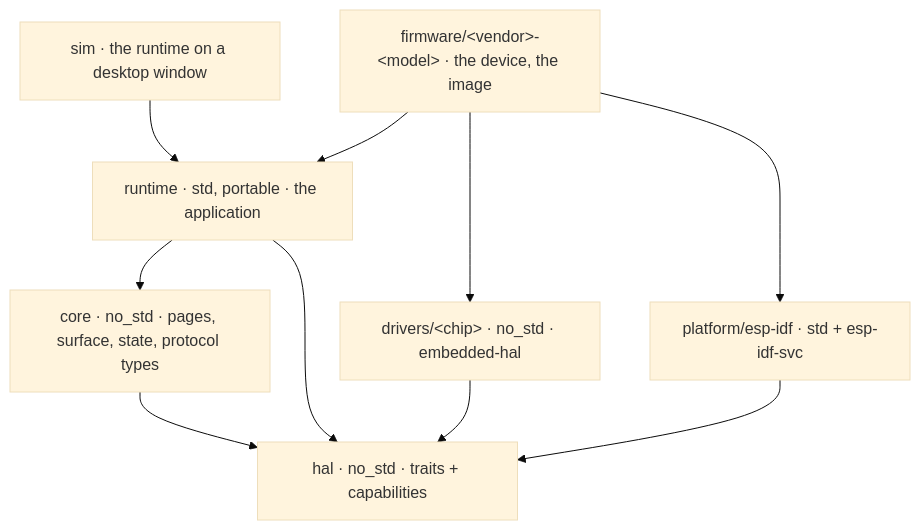
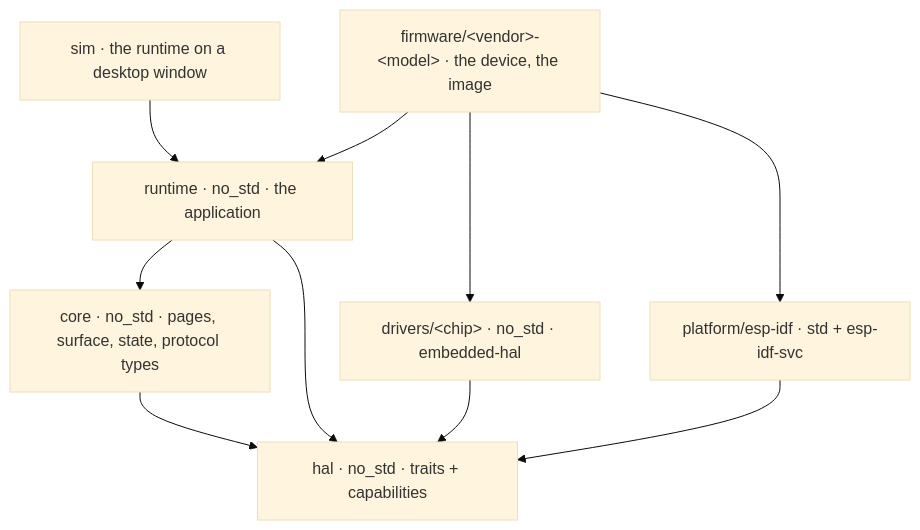
One commit to foonerd/volumio-esp-companion changed the second of 2 diagrams in README.md. Above: the diagram before and after it, drawn with Mermaid (base theme). The commit also changed other lines of this file and 14 other files, not shown here.

First line of the commit message:
feat(runtime): the application as a state machine a device steps

````diff
--- a/README.md
+++ b/README.md
@@ -53,20 +53,20 @@
 ```mermaid
 flowchart TB
     core[core · no_std · pages, surface, state, protocol types]
     hal[hal · no_std · traits + capabilities]
     drivers[drivers/&lt;chip&gt; · no_std · embedded-hal]
-    runtime[runtime · std, portable · the application]
+    runtime[runtime · no_std · the application]
     platform[platform/esp-idf · std + esp-idf-svc]
     firmware[firmware/&lt;vendor&gt;-&lt;model&gt; · the device, the image]
     sim[sim · the runtime on a desktop window]
 
     core --> hal
     runtime --> core
     runtime --> hal
     drivers --> hal
     platform --> hal
     firmware --> runtime
     firmware --> drivers
     firmware --> platform
     sim --> runtime
 ```
````
